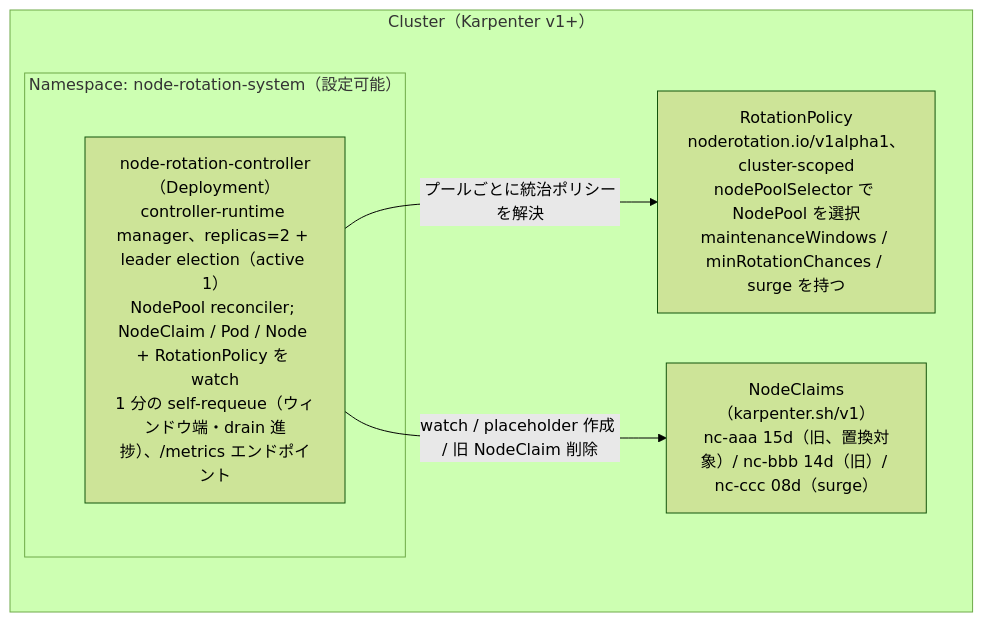
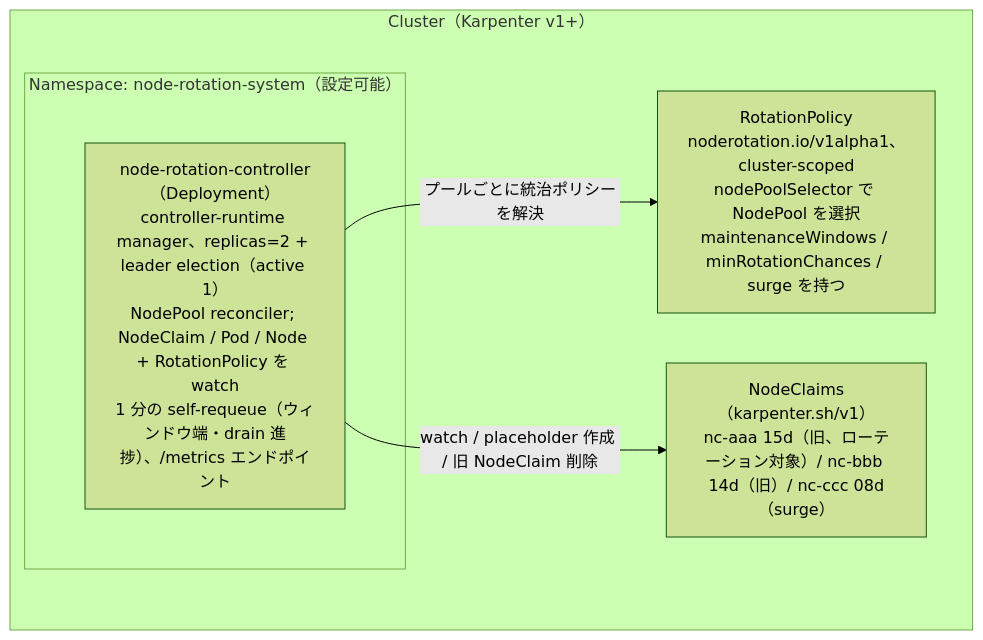
One commit to AkashiSN/node-rotation-controller changed the first of 3 diagrams in docs/ja/specification/05-implementation.md. Above: the diagram before and after it, drawn with Mermaid (forest theme). The commit also changed other lines of this file and 10 other files, not shown here.

````diff
--- a/docs/ja/specification/05-implementation.md
+++ b/docs/ja/specification/05-implementation.md
@@ -5,12 +5,12 @@
 ```mermaid
 flowchart TD
     subgraph cluster["Cluster（Karpenter v1+）"]
         subgraph ns["Namespace: node-rotation-system（設定可能）"]
             ctrl["node-rotation-controller（Deployment）<br/>controller-runtime manager、replicas=2 + leader election（active 1）<br/>NodePool reconciler; NodeClaim / Pod / Node + RotationPolicy を watch<br/>1 分の self-requeue（ウィンドウ端・drain 進捗）、/metrics エンドポイント"]
         end
         rp["RotationPolicy<br/>noderotation.io/v1alpha1、cluster-scoped<br/>nodePoolSelector で NodePool を選択<br/>maintenanceWindows / minRotationChances / surge を持つ"]
-        nc["NodeClaims（karpenter.sh/v1）<br/>nc-aaa 15d（旧、置換対象）/ nc-bbb 14d（旧）/ nc-ccc 08d（surge）"]
+        nc["NodeClaims（karpenter.sh/v1）<br/>nc-aaa 15d（旧、ローテーション対象）/ nc-bbb 14d（旧）/ nc-ccc 08d（surge）"]
     end
     ctrl -->|"プールごとに統治ポリシーを解決"| rp
     ctrl -->|"watch / placeholder 作成 / 旧 NodeClaim 削除"| nc
 ```
````
